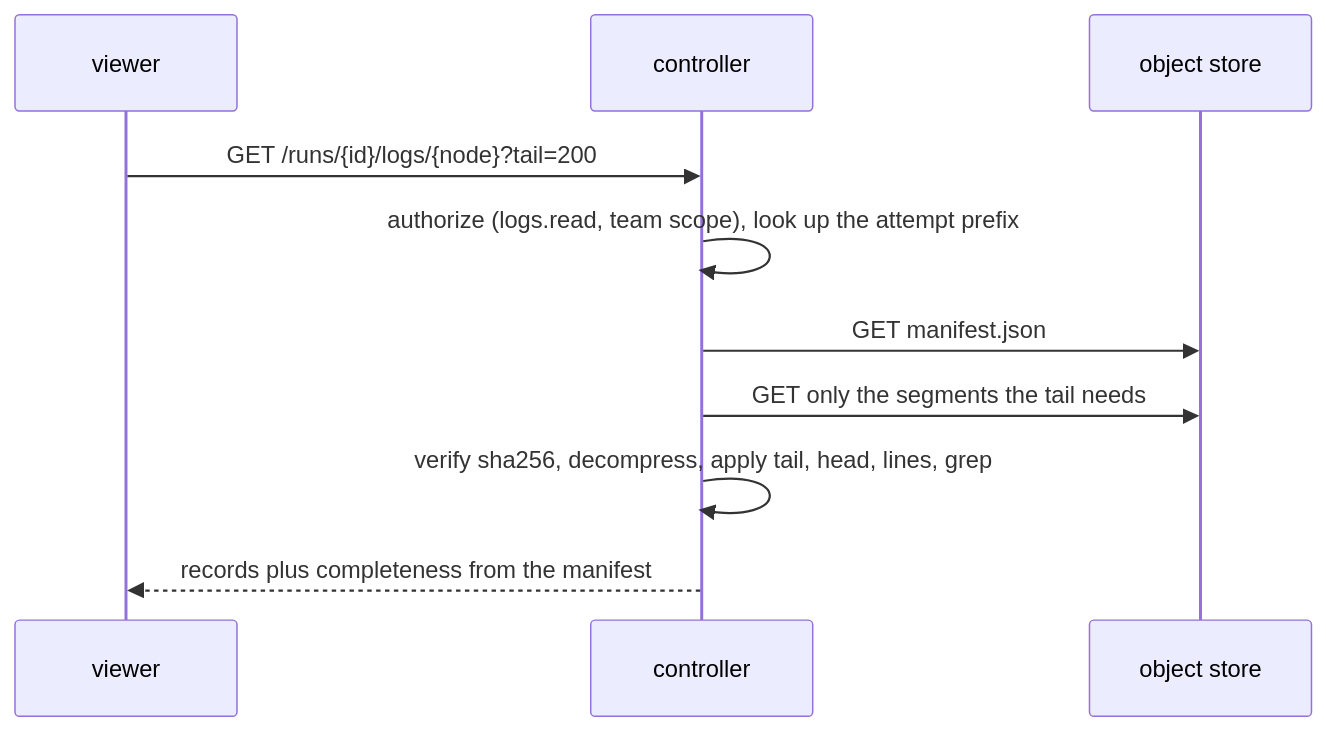
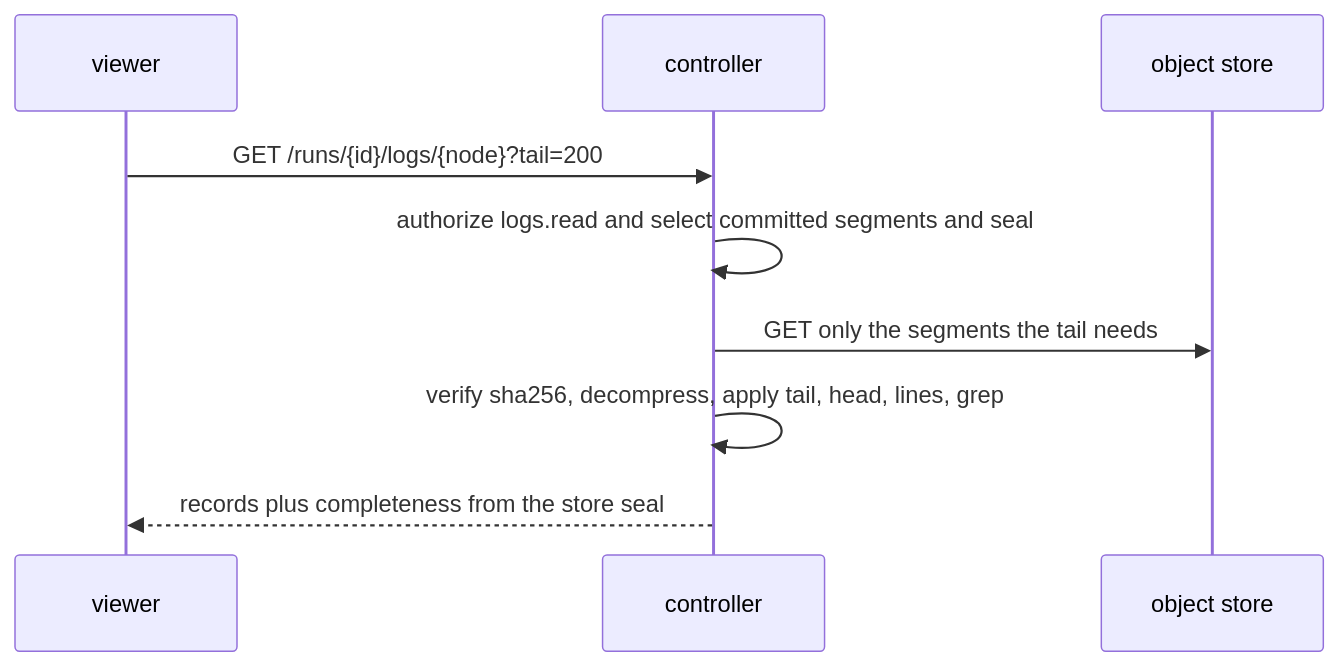
The fourth of 5 diagrams in design/logs-without-a-logs-service.md (sparkwing-dev/sparkwing), drawn with Mermaid before and after one commit. The commit also changed other lines of this file, not shown here.

Commit message:
docs(logs): align tagged keys and committed read authority

````diff
--- a/design/logs-without-a-logs-service.md
+++ b/design/logs-without-a-logs-service.md
@@ -405,12 +403,11 @@
 ```mermaid
 sequenceDiagram
   participant V as viewer
   participant C as controller
   participant O as object store
   V->>C: GET /runs/{id}/logs/{node}?tail=200
-  C->>C: authorize (logs.read, team scope), look up the attempt prefix
-  C->>O: GET manifest.json
+  C->>C: authorize logs.read and select committed segments and seal
   C->>O: GET only the segments the tail needs
   C->>C: verify sha256, decompress, apply tail, head, lines, grep
-  C-->>V: records plus completeness from the manifest
+  C-->>V: records plus completeness from the store seal
 ```
````
